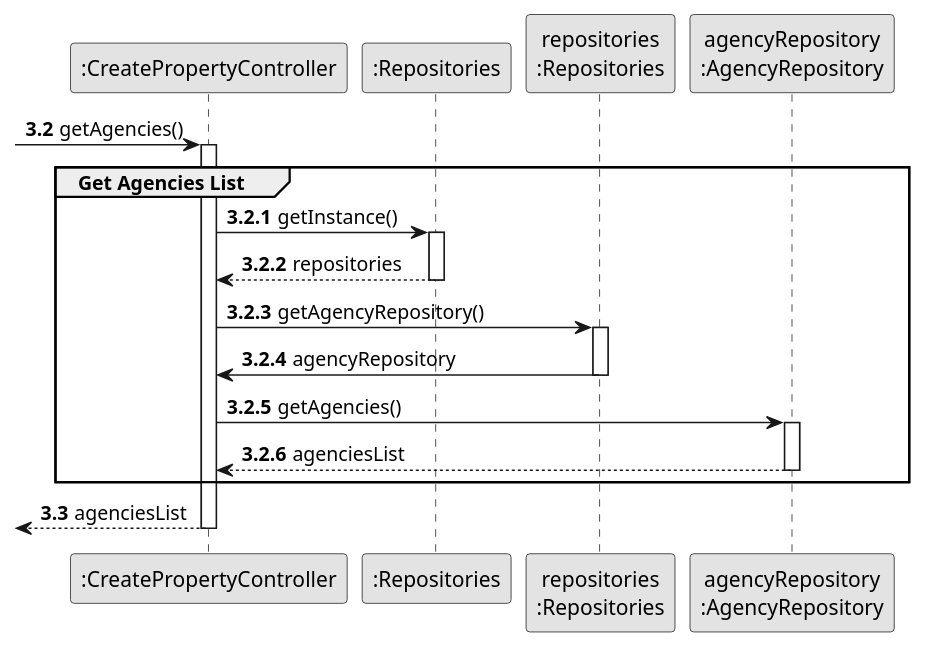
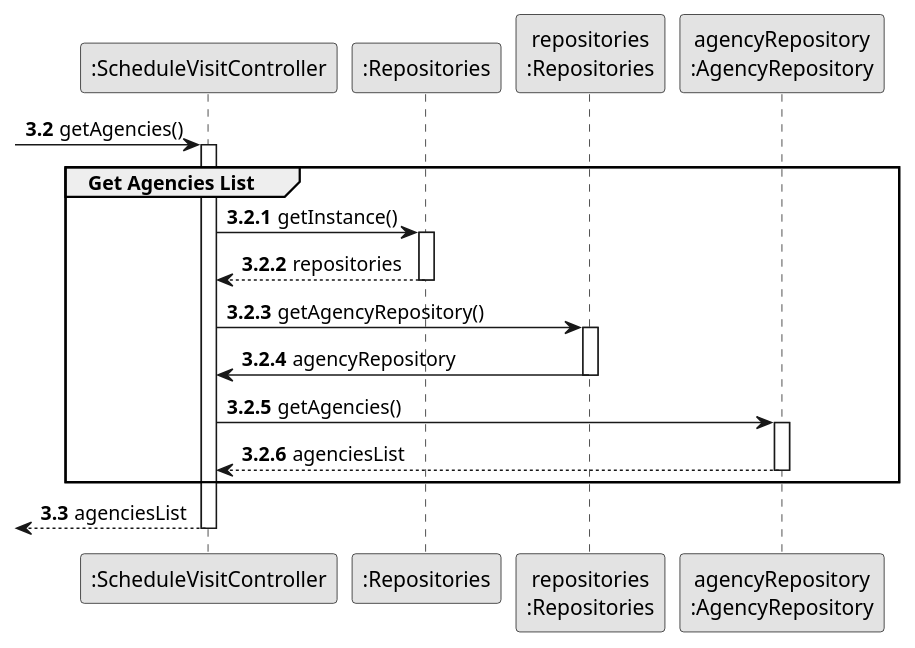
The diagram in docs/sprintC/us009/03.design/puml/us009-sequence-diagram-partial-get-agencies-list.puml (rita-barbosa/LAPR2-2223), drawn with PlantUML before and after one commit. The commit also changed 2 other files, not shown here.

```diff
--- a/docs/sprintC/us009/03.design/puml/us009-sequence-diagram-partial-get-agencies-list.puml
+++ b/docs/sprintC/us009/03.design/puml/us009-sequence-diagram-partial-get-agencies-list.puml
@@ -1,51 +1,51 @@
 @startuml
 
 skinparam monochrome true
 skinparam packageStyle rectangle
 skinparam shadowing false
 
-participant ":CreatePropertyController" as CTRL
+participant ":ScheduleVisitController" as CTRL
 participant ":Repositories" as RepositorySingleton
 participant "repositories\n:Repositories" as PLAT
 participant "agencyRepository\n:AgencyRepository" as AgencyRepository
 
 ' MUDAR AUTONUMBER !!!!!!!!!
 
 autonumber 3.2
 
 -> CTRL : getAgencies()
 
 activate CTRL
 autonumber 3.2.1
 
     group Get Agencies List
 
 CTRL -> RepositorySingleton : getInstance()
 
         activate RepositorySingleton
 
             RepositorySingleton --> CTRL : repositories
         deactivate RepositorySingleton
 
         CTRL -> PLAT : getAgencyRepository()
 
         activate PLAT
 
             PLAT -> CTRL : agencyRepository
 
         deactivate PLAT
 
         CTRL -> AgencyRepository : getAgencies()
 
         activate AgencyRepository
 
         AgencyRepository --> CTRL : agenciesList
 
         deactivate AgencyRepository
      end
      autonumber 3.3
 
         <-- CTRL : agenciesList
 
         deactivate CTRL
 @enduml
```
